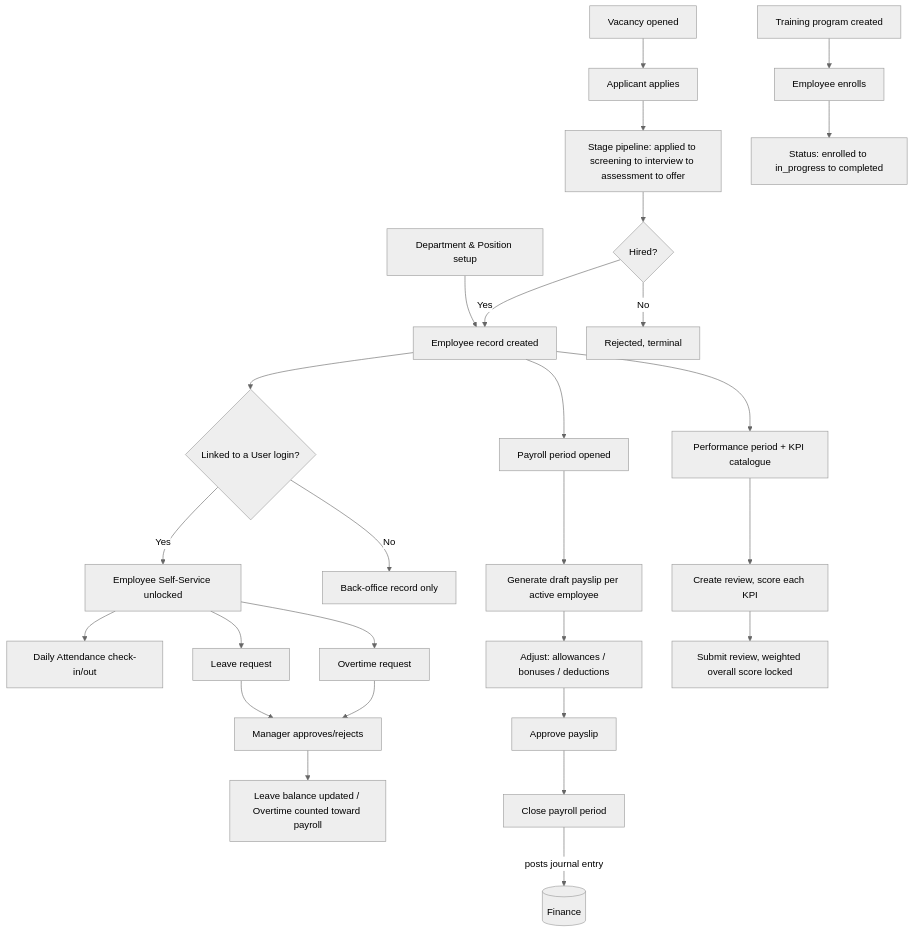
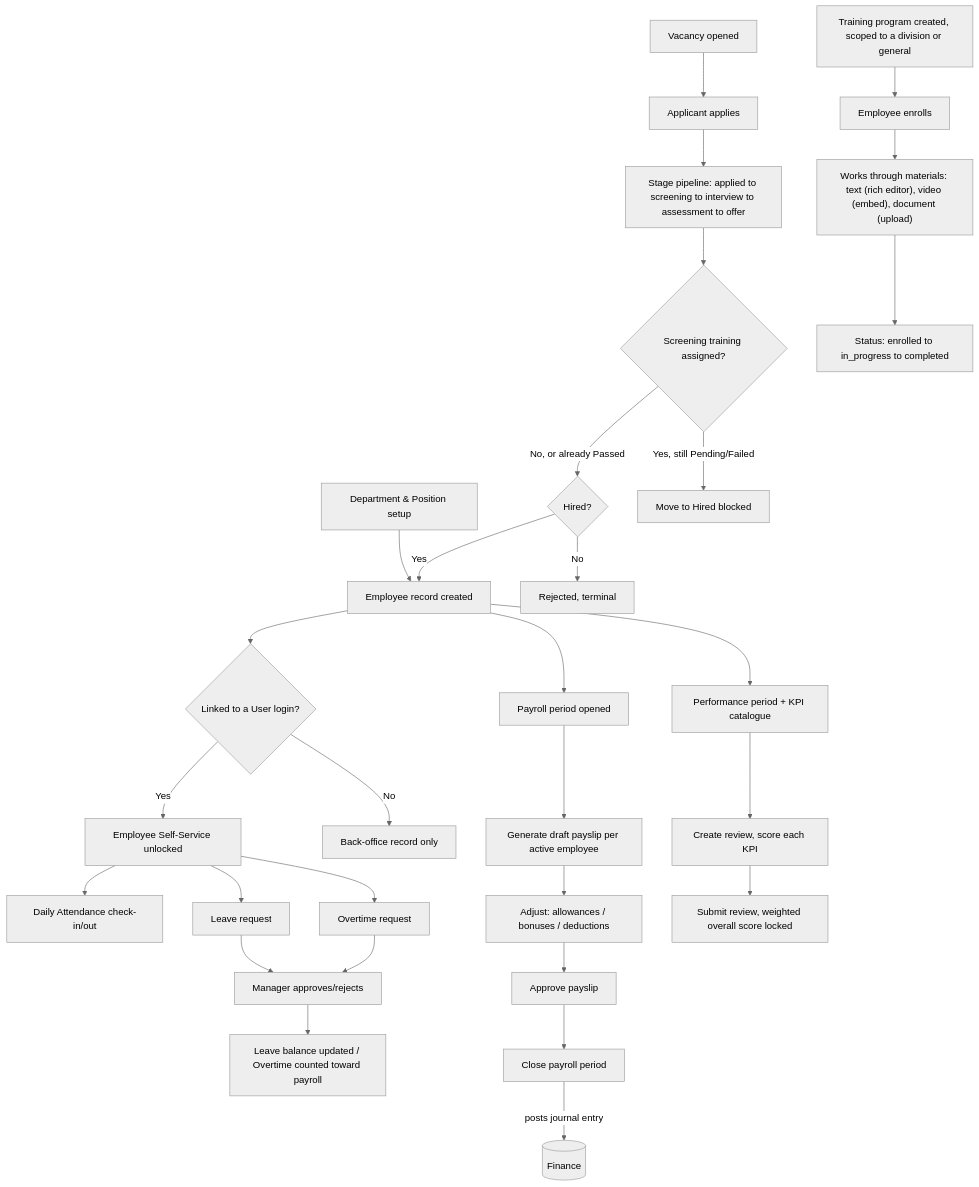
The second of 7 diagrams in README.md (NanaBanana14/management-enterprise), drawn with Mermaid (neutral theme) before and after one commit. The commit also changed other lines of this file and 4 other files, not shown here.

````diff
--- a/README.md
+++ b/README.md
@@ -203,34 +230,37 @@
 ```mermaid
 flowchart TD
     A[Department & Position setup] --> B[Employee record created]
     B --> C{Linked to a User login?}
     C -->|Yes| D[Employee Self-Service unlocked]
     C -->|No| E[Back-office record only]
 
     D --> F[Daily Attendance check-in/out]
     D --> G[Leave request]
     D --> H[Overtime request]
     G --> I[Manager approves/rejects]
     H --> I
     I --> J[Leave balance updated / Overtime counted toward payroll]
 
     B --> K[Payroll period opened]
     K --> L[Generate draft payslip per active employee]
     L --> M["Adjust: allowances / bonuses / deductions"]
     M --> N[Approve payslip]
     N --> O[Close payroll period]
     O -->|"posts journal entry"| Fin[(Finance)]
 
     B --> P[Performance period + KPI catalogue]
     P --> Q[Create review, score each KPI]
     Q --> R[Submit review, weighted overall score locked]
 
     S[Vacancy opened] --> T[Applicant applies]
     T --> U[Stage pipeline: applied to screening to interview to assessment to offer]
-    U --> V{Hired?}
-    V -->|Yes| B
-    V -->|No| W[Rejected, terminal]
+    U --> V{"Screening training assigned?"}
+    V -->|"No, or already Passed"| W{Hired?}
+    V -->|"Yes, still Pending/Failed"| X["Move to Hired blocked"]
+    W -->|Yes| B
+    W -->|No| Y[Rejected, terminal]
 
-    X[Training program created] --> Y[Employee enrolls]
-    Y --> Z[Status: enrolled to in_progress to completed]
+    Z[Training program created, scoped to a division or general] --> AA[Employee enrolls]
+    AA --> AB["Works through materials: text (rich editor), video (embed), document (upload)"]
+    AB --> AC[Status: enrolled to in_progress to completed]
 ```
````
